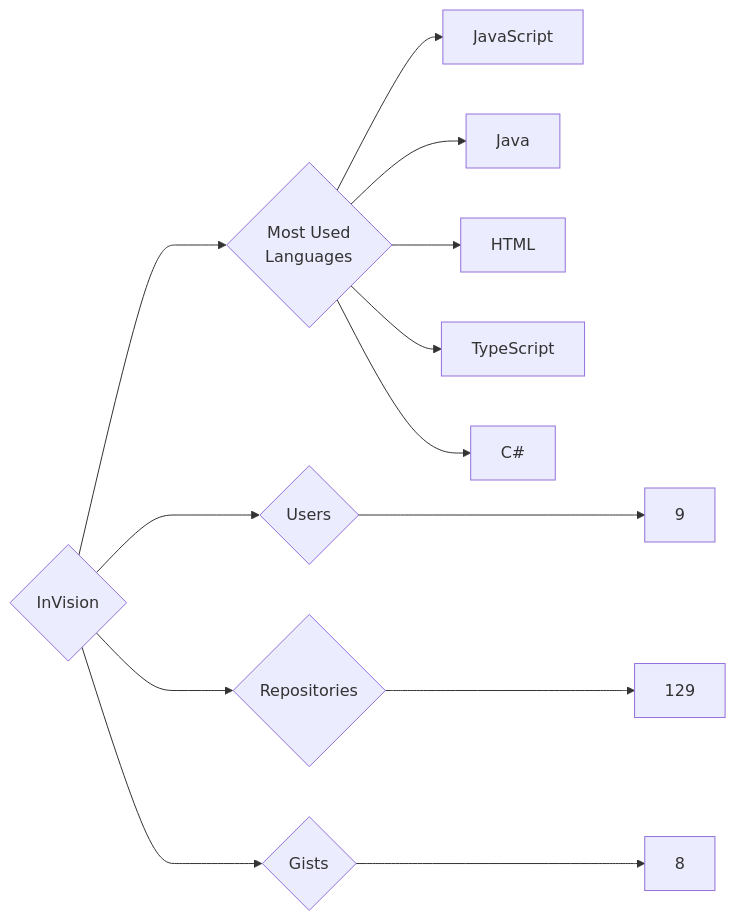
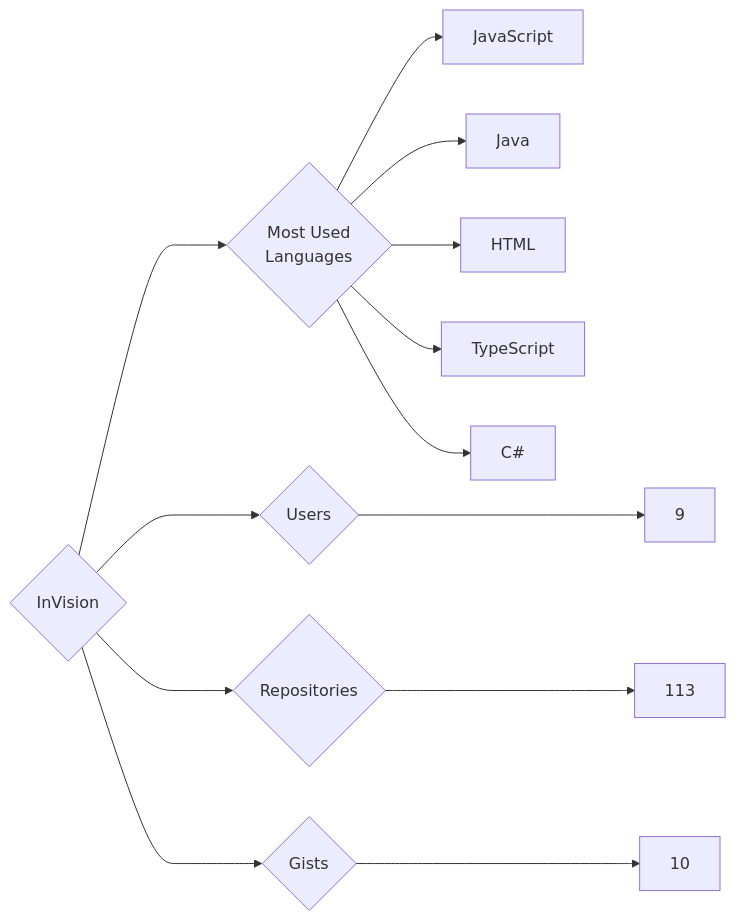
The diagram in targets/InVision/README.md (trickest/insiders), drawn with Mermaid before and after one commit. The commit also changed 1030 other files, not shown here.

````diff
--- a/targets/InVision/README.md
+++ b/targets/InVision/README.md
@@ -3,13 +3,13 @@
 ```mermaid
 graph LR
 COMPANY_NAME{InVision}
 COMPANY_NAME ---> U{Users} ---> UN[9]
-COMPANY_NAME ---> R{Repositories} ---> RN[129]
-COMPANY_NAME ---> G{Gists} ---> GN[8]
+COMPANY_NAME ---> R{Repositories} ---> RN[113]
+COMPANY_NAME ---> G{Gists} ---> GN[10]
 COMPANY_NAME ---> ML{Most Used<br>Languages}
 ML --> JavaScript[JavaScript]
 ML --> Java[Java]
 ML --> HTML[HTML]
 ML --> TypeScript[TypeScript]
 ML --> C#[C#]
 ```
````
